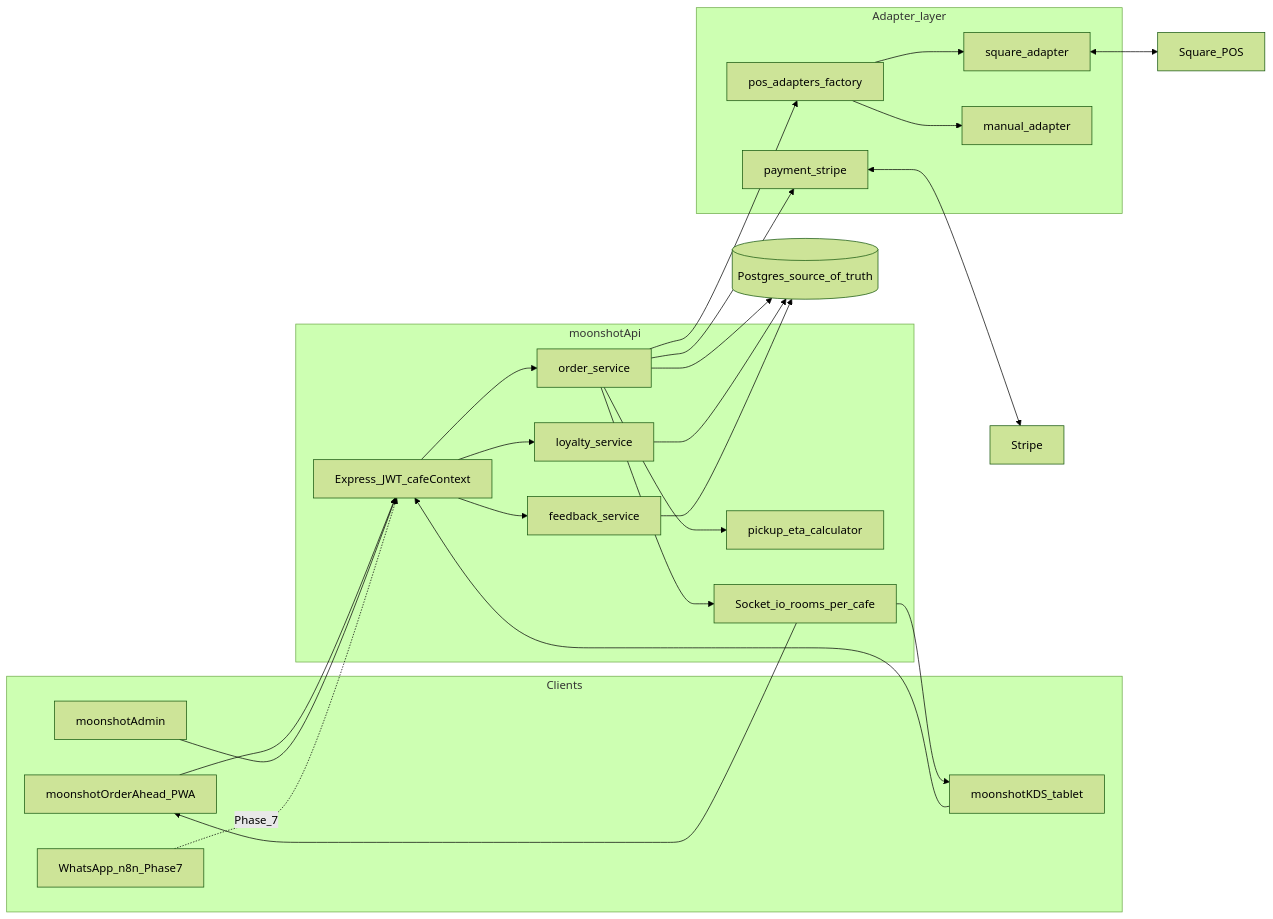
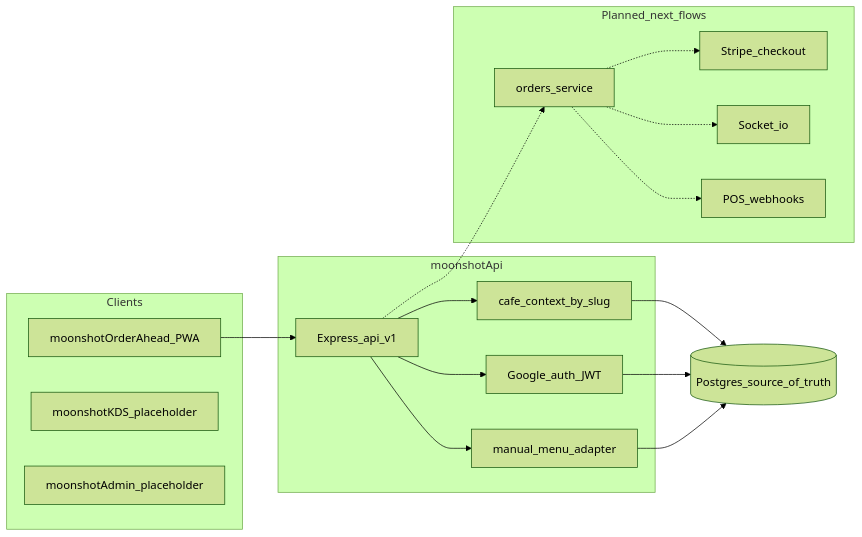
One commit to SeanIntegrator/moonshot changed the diagram in docs/dataflow-high-level.md. Above: the diagram before and after it, drawn with Mermaid (forest theme). The commit also changed other lines of this file and 3 other files, not shown here.

````diff
--- a/docs/dataflow-high-level.md
+++ b/docs/dataflow-high-level.md
@@ -9,50 +14,36 @@
 ```mermaid
 flowchart LR
   subgraph clients [Clients]
     OA[moonshotOrderAhead_PWA]
-    KDS[moonshotKDS_tablet]
-    Admin[moonshotAdmin]
-    WA["WhatsApp_n8n_Phase7"]
+    KDS[moonshotKDS_placeholder]
+    Admin[moonshotAdmin_placeholder]
   end
 
   subgraph api [moonshotApi]
-    Gateway[Express_JWT_cafeContext]
-    OrderSvc[order_service]
-    LoyaltySvc[loyalty_service]
-    FeedbackSvc[feedback_service]
-    PickupEta[pickup_eta_calculator]
-    Sockets["Socket_io_rooms_per_cafe"]
+    Gateway[Express_api_v1]
+    CafeContext[cafe_context_by_slug]
+    Auth[Google_auth_JWT]
+    Menu[manual_menu_adapter]
   end
 
-  subgraph adapters [Adapter_layer]
-    PosIdx[pos_adapters_factory]
-    Square[square_adapter]
-    Manual[manual_adapter]
-    Stripe[payment_stripe]
+  subgraph planned [Planned_next_flows]
+    Orders[orders_service]
+    Stripe[Stripe_checkout]
+    Sockets[Socket_io]
+    PosWebhooks[POS_webhooks]
   end
 
   DB[("Postgres_source_of_truth")]
-  POS[Square_POS]
-  StripeAPI[Stripe]
 
   OA --> Gateway
-  KDS --> Gateway
-  Admin --> Gateway
-  WA -.->|"Phase_7"| Gateway
-  Gateway --> OrderSvc
-  Gateway --> LoyaltySvc
-  Gateway --> FeedbackSvc
-  OrderSvc --> PickupEta
-  OrderSvc --> PosIdx
-  OrderSvc --> DB
-  LoyaltySvc --> DB
-  FeedbackSvc --> DB
-  PosIdx --> Square
-  PosIdx --> Manual
-  Square <--> POS
-  OrderSvc --> Stripe
-  Stripe <--> StripeAPI
-  Sockets --> KDS
-  Sockets --> OA
-  OrderSvc --> Sockets
+  Gateway --> CafeContext
+  Gateway --> Auth
+  Gateway --> Menu
+  CafeContext --> DB
+  Auth --> DB
+  Menu --> DB
+  Gateway -.-> Orders
+  Orders -.-> Stripe
+  Orders -.-> Sockets
+  Orders -.-> PosWebhooks
 ```
````
